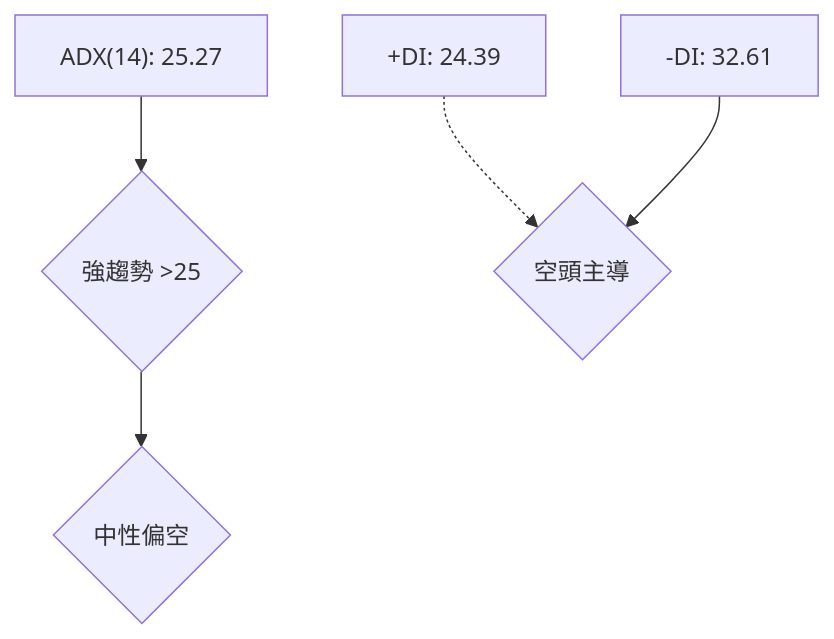
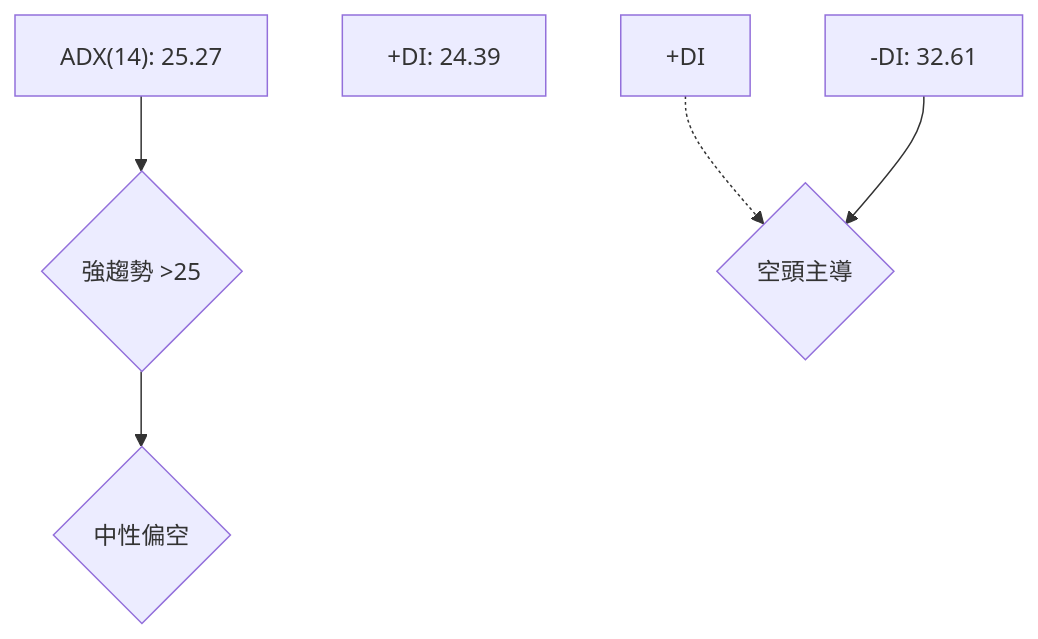
Before and after one commit to yennanliu/finance_data: the third of 10 diagrams in ai_gen_report/stock/nu/technical_analysis_2026-04-04_openai.md, drawn with Mermaid. The commit also changed 2258 other files, not shown here.

First line of the commit message:
chore: backfill Mermaid syntax repair across existing reports

````diff
--- a/ai_gen_report/stock/nu/technical_analysis_2026-04-04_openai.md
+++ b/ai_gen_report/stock/nu/technical_analysis_2026-04-04_openai.md
@@ -140,10 +140,10 @@
 ```mermaid
 graph TD
     ADX["ADX(14): 25.27"]
     +DI["+DI: 24.39"]
     -DI["-DI: 32.61"]
     ADX --> 強趨勢{"強趨勢 >25"}
-    +DI -.-> 空頭主導
+    nb1["+DI"] -.-> 空頭主導
     -DI --> 空頭主導{"空頭主導"}
     強趨勢 --> 最終判斷{"中性偏空"}
 ```
````
